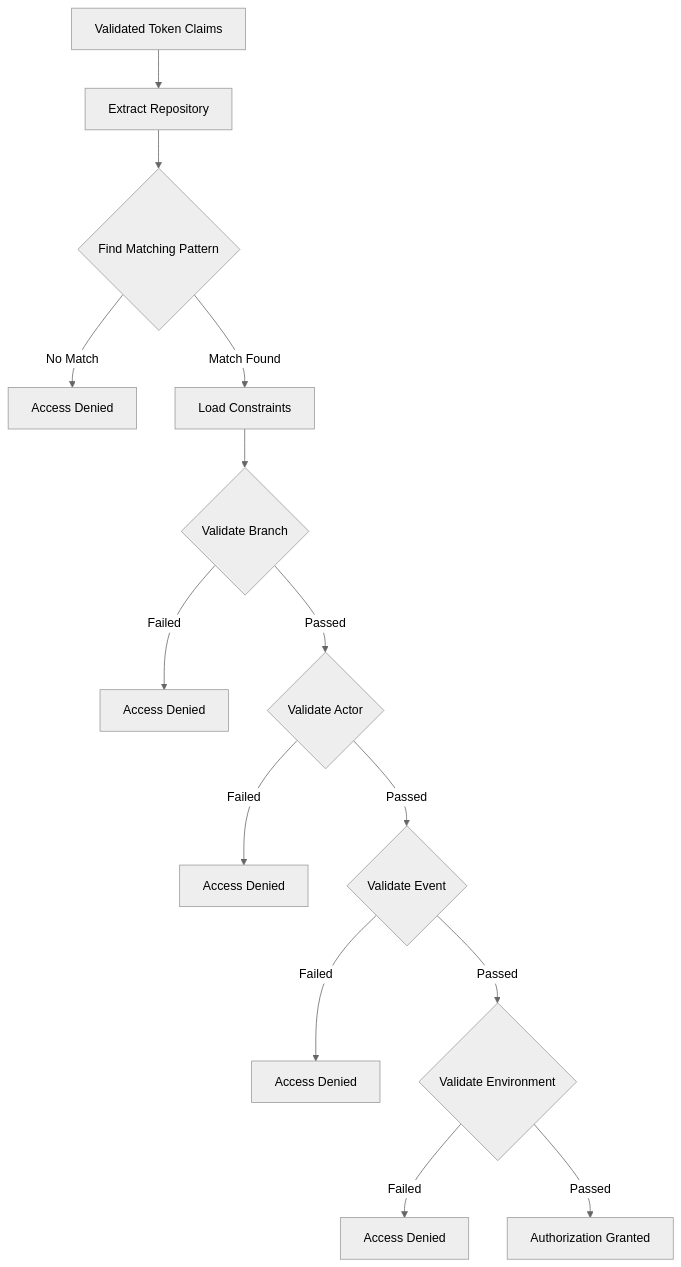
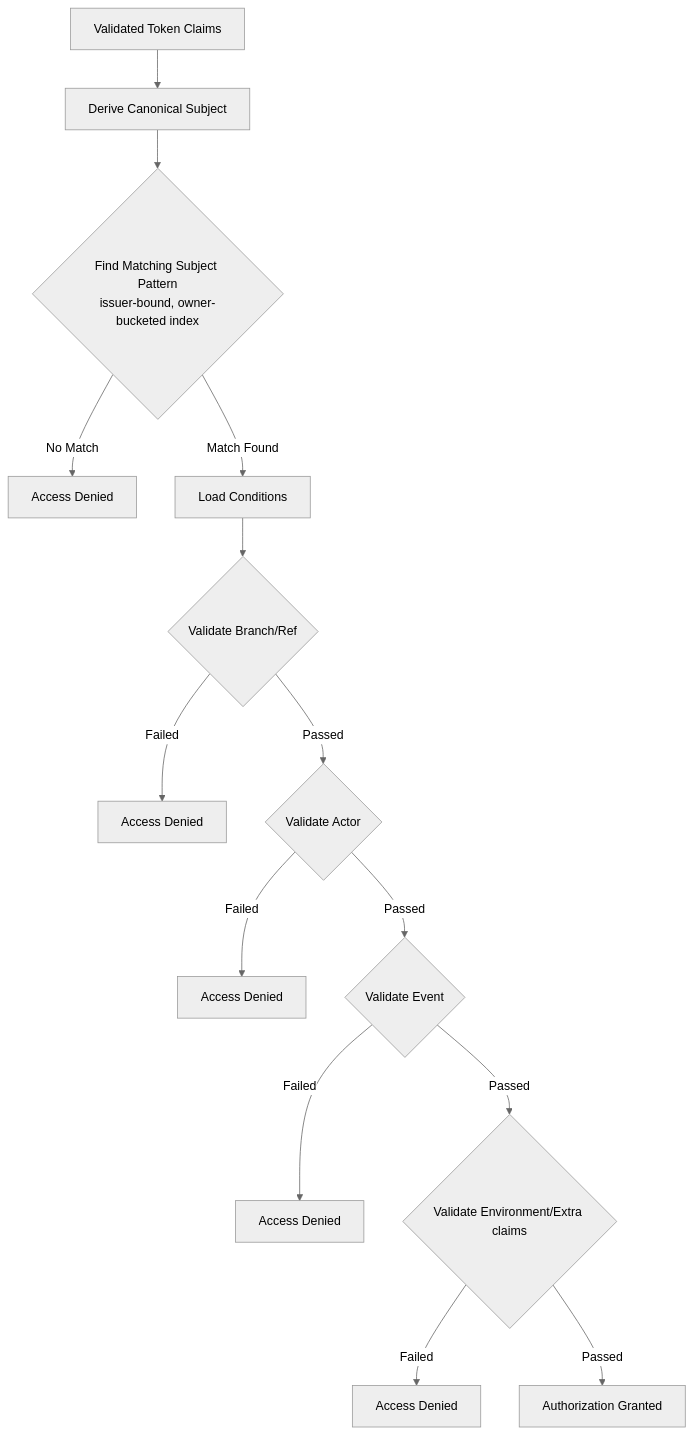
Before and after one commit to boogy/aws-oidc-warden: the sixth of 7 diagrams in docs/ARCHITECTURE.md, drawn with Mermaid (neutral theme). The commit also changed other lines of this file and 108 other files, not shown here.

First line of the commit message:
feat: v2 multi-issuer OIDC validation, issuer-bound authz & session tags (#244)

````diff
--- a/docs/ARCHITECTURE.md
+++ b/docs/ARCHITECTURE.md
@@ -459,16 +516,16 @@
 ```mermaid
 flowchart TD
-    A[Validated Token Claims] --> B[Extract Repository]
-    B --> C{Find Matching Pattern}
+    A[Validated Token Claims] --> B[Derive Canonical Subject]
+    B --> C{Find Matching Subject Pattern<br/>issuer-bound, owner-bucketed index}
     C -->|No Match| D[Access Denied]
-    C -->|Match Found| E[Load Constraints]
-    E --> F{Validate Branch}
+    C -->|Match Found| E[Load Conditions]
+    E --> F{Validate Branch/Ref}
     F -->|Failed| G[Access Denied]
     F -->|Passed| H{Validate Actor}
     H -->|Failed| I[Access Denied]
     H -->|Passed| J{Validate Event}
     J -->|Failed| K[Access Denied]
-    J -->|Passed| L{Validate Environment}
+    J -->|Passed| L{Validate Environment/Extra claims}
     L -->|Failed| M[Access Denied]
     L -->|Passed| N[Authorization Granted]
 ```
````
